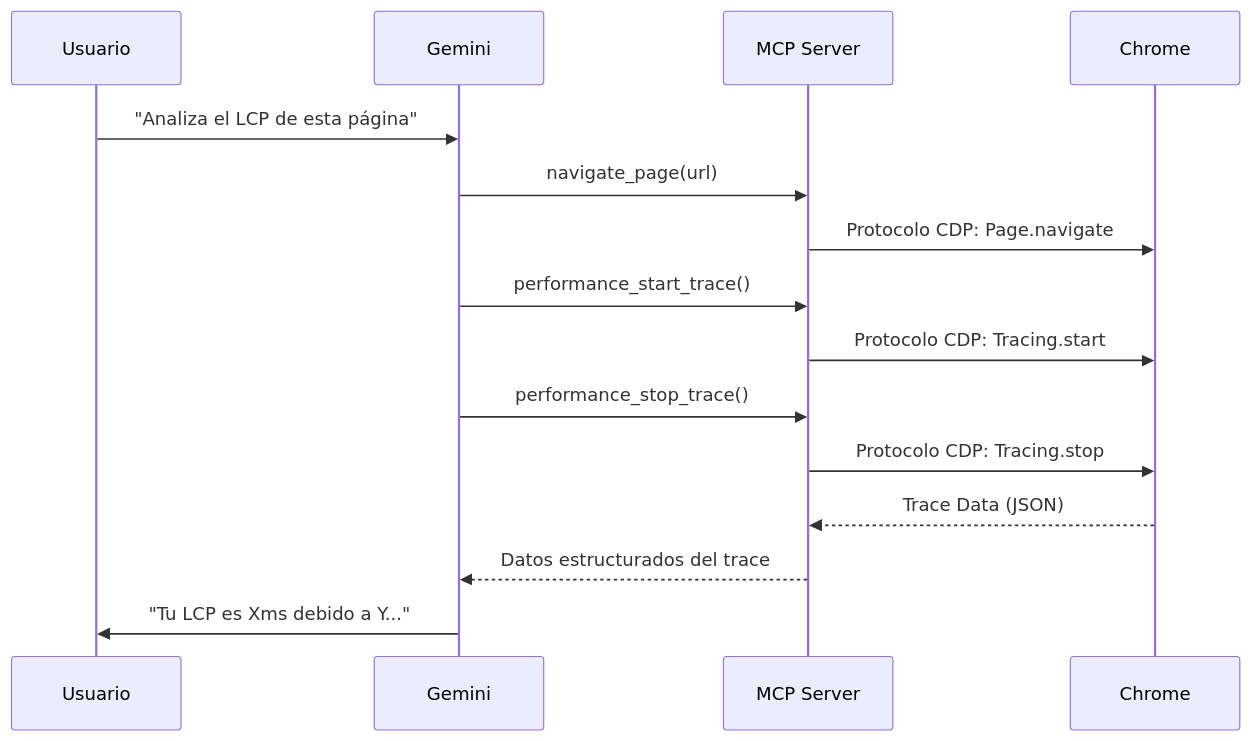
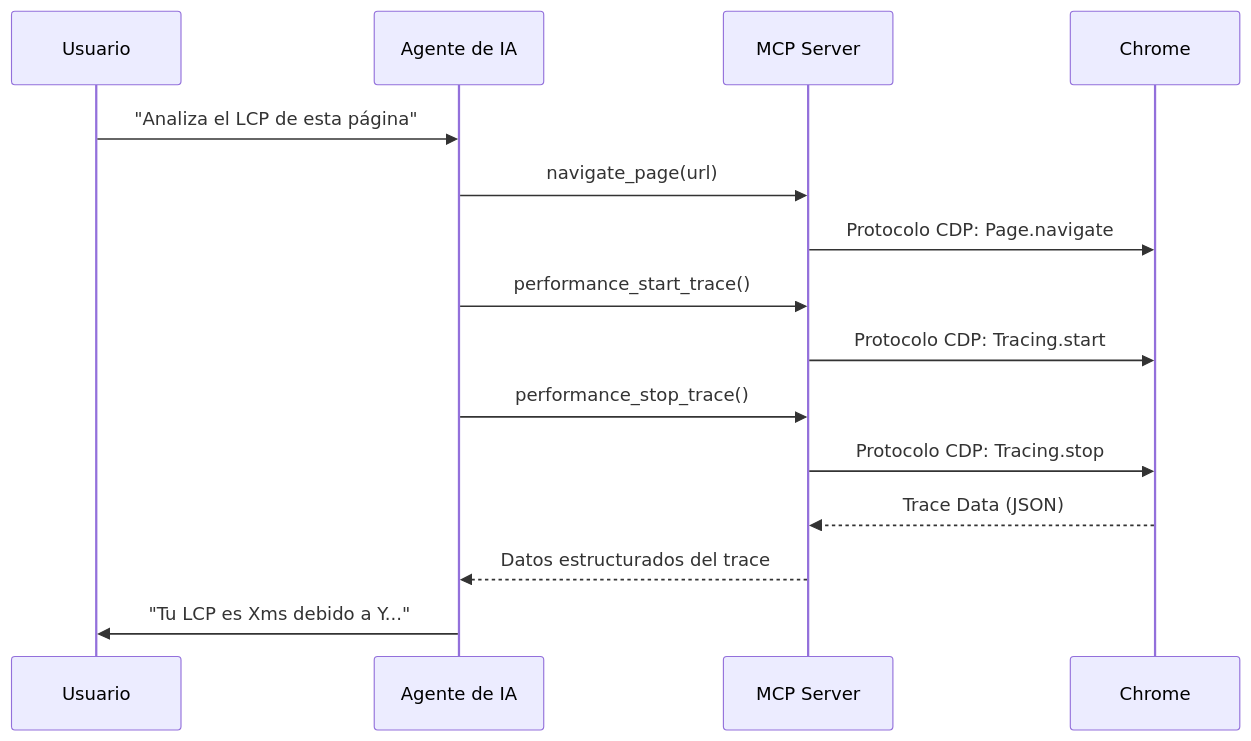
Before and after one commit to nucliweb/webperf-debugging-devtools-mcp: the diagram in docs/anatomy-mcp.es.md, drawn with Mermaid. The commit also changed other lines of this file and 38 other files, not shown here.

````diff
--- a/docs/anatomy-mcp.es.md
+++ b/docs/anatomy-mcp.es.md
@@ -40,18 +40,18 @@
 ```mermaid
 sequenceDiagram
     participant U as Usuario
-    participant G as Gemini
+    participant A as Agente de IA
     participant M as MCP Server
     participant C as Chrome
 
-    U->>G: "Analiza el LCP de esta página"
-    G->>M: navigate_page(url)
+    U->>A: "Analiza el LCP de esta página"
+    A->>M: navigate_page(url)
     M->>C: Protocolo CDP: Page.navigate
-    G->>M: performance_start_trace()
+    A->>M: performance_start_trace()
     M->>C: Protocolo CDP: Tracing.start
-    G->>M: performance_stop_trace()
+    A->>M: performance_stop_trace()
     M->>C: Protocolo CDP: Tracing.stop
     C-->>M: Trace Data (JSON)
-    M-->>G: Datos estructurados del trace
-    G->>U: "Tu LCP es Xms debido a Y..."
+    M-->>A: Datos estructurados del trace
+    A->>U: "Tu LCP es Xms debido a Y..."
 ```
````
